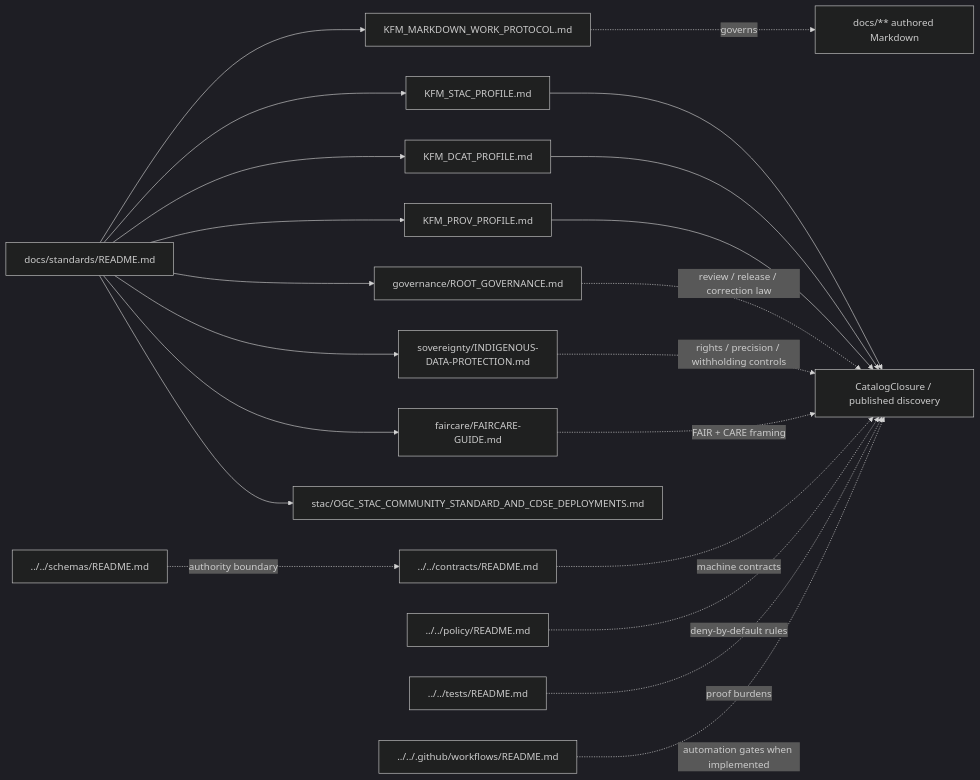
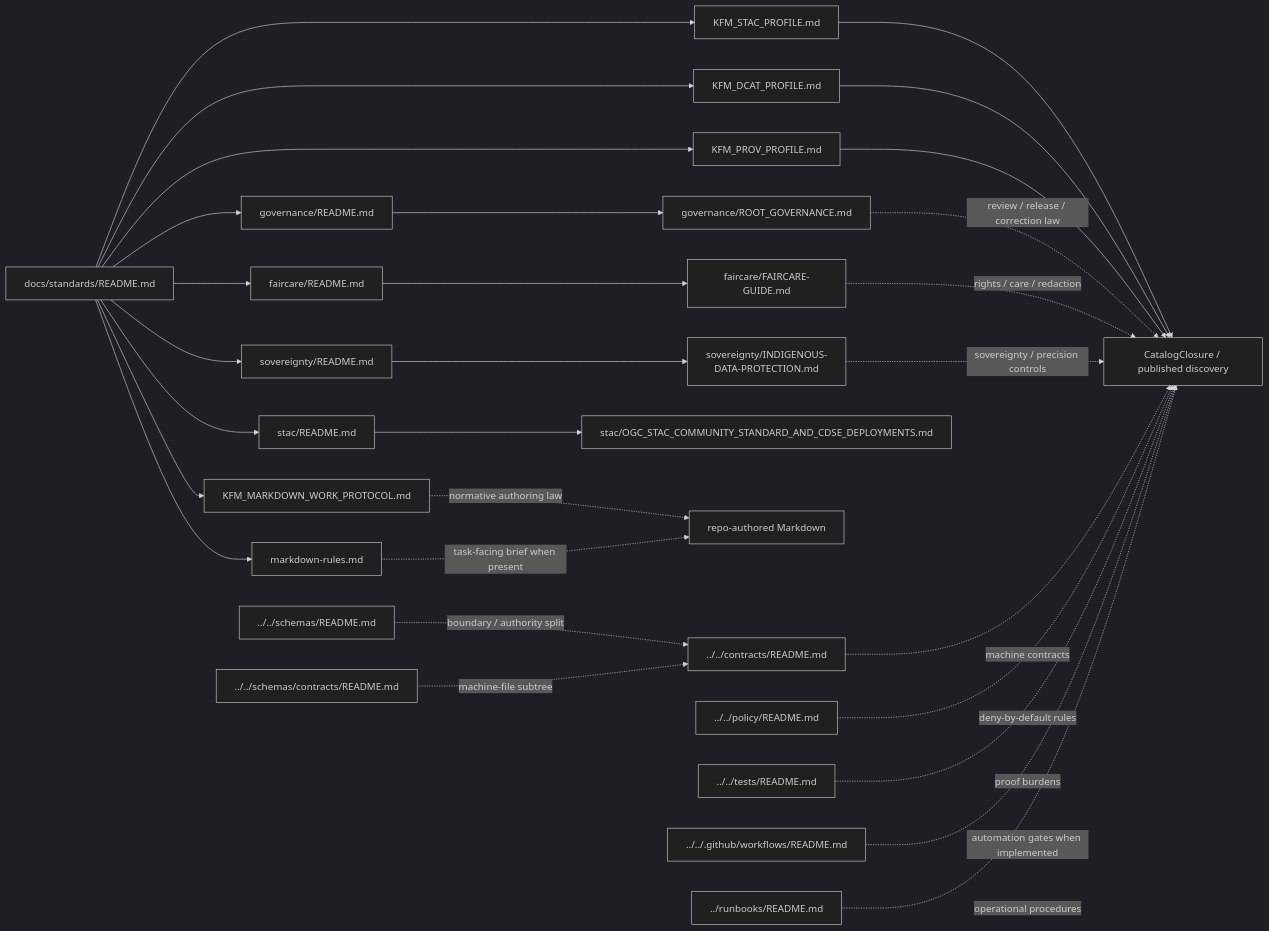
The diagram in docs/standards/README.md (bartytime4life/Kansas-Frontier-Matrix), drawn with Mermaid (dark theme) before and after one commit. The commit also changed other lines of this file, not shown here.

First line of the commit message:
Revise standards README for clarity and updates

````diff
--- a/docs/standards/README.md
+++ b/docs/standards/README.md
@@ -252,26 +290,41 @@
 ```mermaid
 flowchart LR
-    IDX[docs/standards/README.md] --> STAC[KFM_STAC_PROFILE.md]
-    IDX --> DCAT[KFM_DCAT_PROFILE.md]
-    IDX --> PROV[KFM_PROV_PROFILE.md]
-    IDX --> MD[KFM_MARKDOWN_WORK_PROTOCOL.md]
-    IDX --> GOV[governance/ROOT_GOVERNANCE.md]
-    IDX --> FAIR[faircare/FAIRCARE-GUIDE.md]
-    IDX --> SOV[sovereignty/INDIGENOUS-DATA-PROTECTION.md]
-    IDX --> NOTE[stac/OGC_STAC_COMMUNITY_STANDARD_AND_CDSE_DEPLOYMENTS.md]
+    IDX[docs/standards/README.md]
 
-    STAC --> CLOSURE[CatalogClosure / published discovery]
-    DCAT --> CLOSURE
-    PROV --> CLOSURE
+    IDX --> STACP[KFM_STAC_PROFILE.md]
+    IDX --> DCATP[KFM_DCAT_PROFILE.md]
+    IDX --> PROVP[KFM_PROV_PROFILE.md]
+    IDX --> MDP[KFM_MARKDOWN_WORK_PROTOCOL.md]
+    IDX --> MR[markdown-rules.md]
 
-    MD -.governs.-> DOCS[docs/** authored Markdown]
-    GOV -.review / release / correction law.-> CLOSURE
-    SOV -.rights / precision / withholding controls.-> CLOSURE
-    FAIR -.FAIR + CARE framing.-> CLOSURE
+    IDX --> GOVR[governance/README.md]
+    GOVR --> GOVSTD[governance/ROOT_GOVERNANCE.md]
+
+    IDX --> FAIRR[faircare/README.md]
+    FAIRR --> FAIRG[faircare/FAIRCARE-GUIDE.md]
+
+    IDX --> SOVR[sovereignty/README.md]
+    SOVR --> SOVSTD[sovereignty/INDIGENOUS-DATA-PROTECTION.md]
+
+    IDX --> STACR[stac/README.md]
+    STACR --> STACNOTE[stac/OGC_STAC_COMMUNITY_STANDARD_AND_CDSE_DEPLOYMENTS.md]
+
+    STACP --> CLOSURE[CatalogClosure / published discovery]
+    DCATP --> CLOSURE
+    PROVP --> CLOSURE
+
+    GOVSTD -.review / release / correction law.-> CLOSURE
+    FAIRG -.rights / care / redaction.-> CLOSURE
+    SOVSTD -.sovereignty / precision controls.-> CLOSURE
+
+    MDP -.normative authoring law.-> DOCS[repo-authored Markdown]
+    MR -.task-facing brief when present.-> DOCS
 
     CONTRACTS[../../contracts/README.md] -.machine contracts.-> CLOSURE
-    SCHEMAS[../../schemas/README.md] -.authority boundary.-> CONTRACTS
+    SCHEMAS[../../schemas/README.md] -.boundary / authority split.-> CONTRACTS
+    SCON[../../schemas/contracts/README.md] -.machine-file subtree.-> CONTRACTS
     POLICY[../../policy/README.md] -.deny-by-default rules.-> CLOSURE
     TESTS[../../tests/README.md] -.proof burdens.-> CLOSURE
     WF[../../.github/workflows/README.md] -.automation gates when implemented.-> CLOSURE
+    RUNBOOKS[../runbooks/README.md] -.operational procedures.-> CLOSURE
 ```
````
